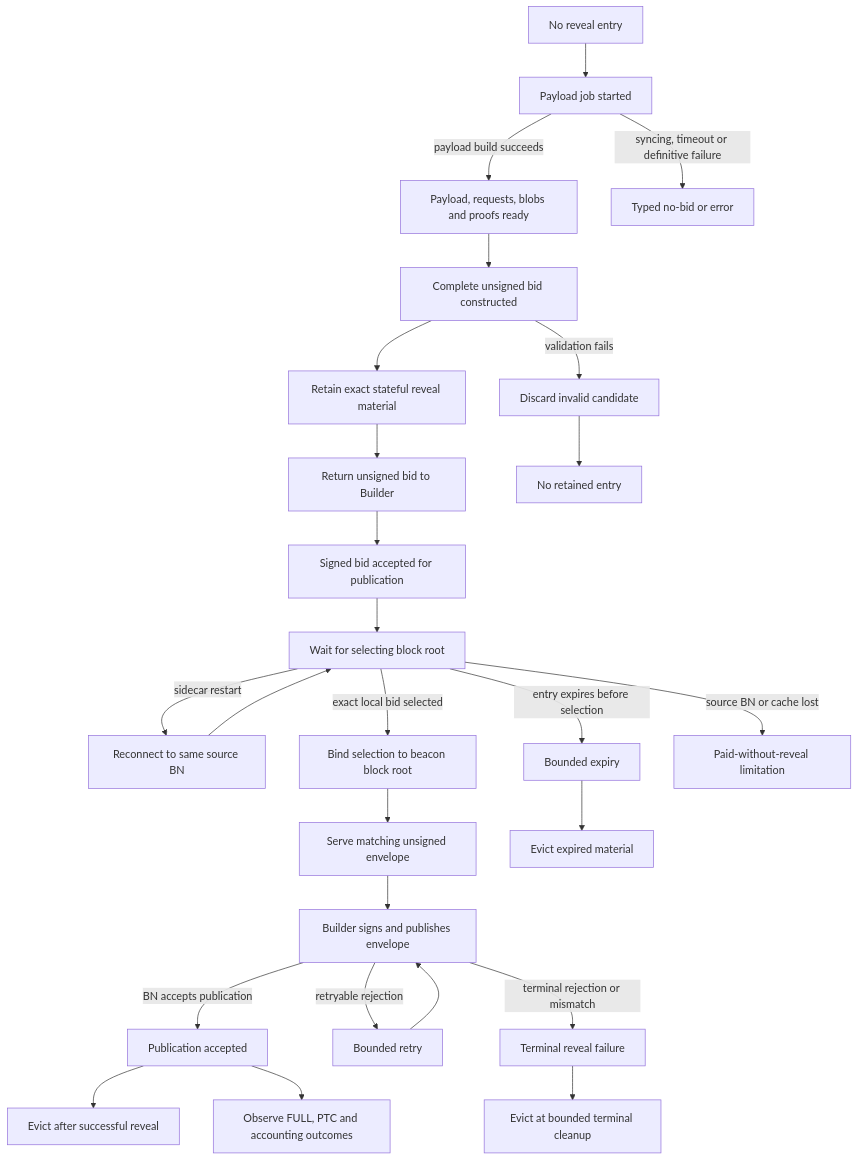
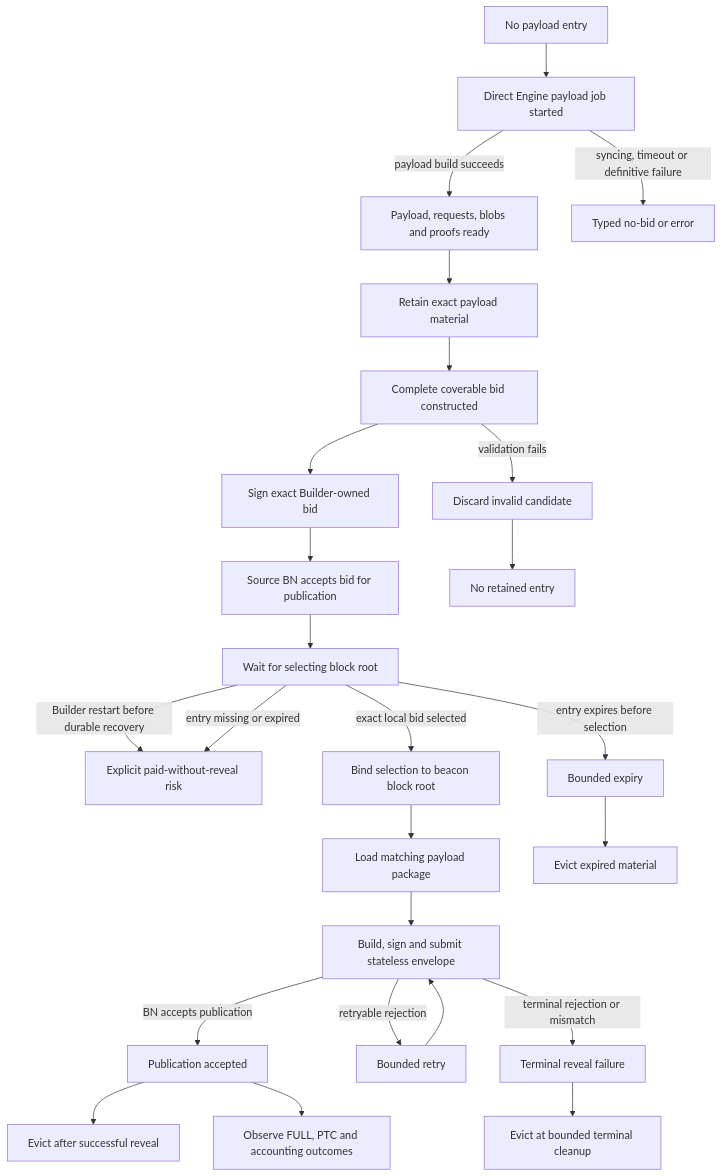
One commit to krisoshea-eth/lodestar-eip-7732-builder-docs changed the fourth of 16 diagrams in docs/implementation-plan.md. Above: the diagram before and after it, drawn with Mermaid. The commit also changed other lines of this file and 3 other files, not shown here.

Commit message:
docs: complete direct-engine plan reconciliation

````diff
--- a/docs/implementation-plan.md
+++ b/docs/implementation-plan.md
@@ -291,28 +286,27 @@
 ```mermaid
 flowchart TD
-    NONE["No reveal entry"] --> JOB["Payload job started"]
+    NONE["No payload entry"] --> JOB["Direct Engine payload job started"]
     JOB -->|payload build succeeds| MATERIAL["Payload, requests, blobs and proofs ready"]
     JOB -->|syncing, timeout or definitive failure| BUILDFAIL["Typed no-bid or error"]
-    MATERIAL --> BID["Complete unsigned bid constructed"]
+    MATERIAL --> RETAIN["Retain exact payload material"]
+    RETAIN --> BID["Complete coverable bid constructed"]
     BID -->|validation fails| INVALID["Discard invalid candidate"]
-    BID --> RETAIN["Retain exact stateful reveal material"]
-    RETAIN --> RETURN["Return unsigned bid to Builder"]
-    RETURN --> PUBLISHED["Signed bid accepted for publication"]
+    BID --> SIGN["Sign exact Builder-owned bid"]
+    SIGN --> PUBLISHED["Source BN accepts bid for publication"]
     PUBLISHED --> WAIT["Wait for selecting block root"]
-    WAIT -->|sidecar restart| RECOVER["Reconnect to same source BN"]
-    RECOVER --> WAIT
+    WAIT -->|Builder restart before durable recovery| LOST["Explicit paid-without-reveal risk"]
     WAIT -->|exact local bid selected| SELECTED["Bind selection to beacon block root"]
     WAIT -->|entry expires before selection| EXPIRE["Bounded expiry"]
-    SELECTED --> SERVE["Serve matching unsigned envelope"]
-    SERVE --> ATTEMPT["Builder signs and publishes envelope"]
+    SELECTED --> SERVE["Load matching payload package"]
+    SERVE --> ATTEMPT["Build, sign and submit stateless envelope"]
     ATTEMPT -->|BN accepts publication| ACCEPTED["Publication accepted"]
     ATTEMPT -->|retryable rejection| RETRY["Bounded retry"]
     RETRY --> ATTEMPT
     ATTEMPT -->|terminal rejection or mismatch| TERMINAL["Terminal reveal failure"]
     ACCEPTED --> EVICTOK["Evict after successful reveal"]
     ACCEPTED --> OUTCOME["Observe FULL, PTC and accounting outcomes"]
     EXPIRE --> EVICTEXP["Evict expired material"]
     INVALID --> EVICTBAD["No retained entry"]
     TERMINAL --> EVICTTERM["Evict at bounded terminal cleanup"]
-    WAIT -->|source BN or cache lost| LOST["Paid-without-reveal limitation"]
+    WAIT -->|entry missing or expired| LOST
 ```
````
